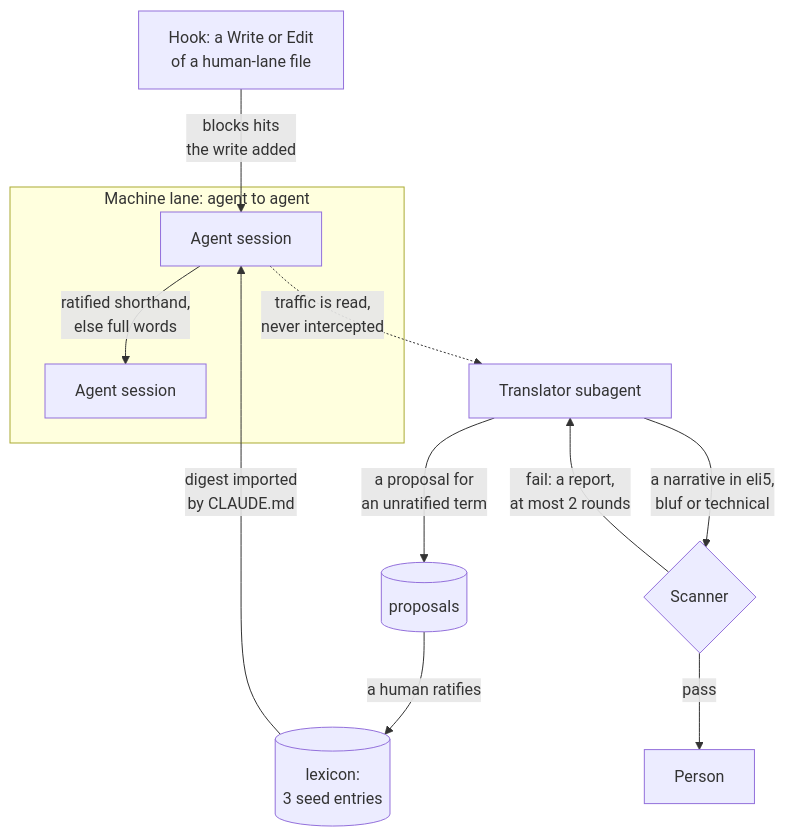
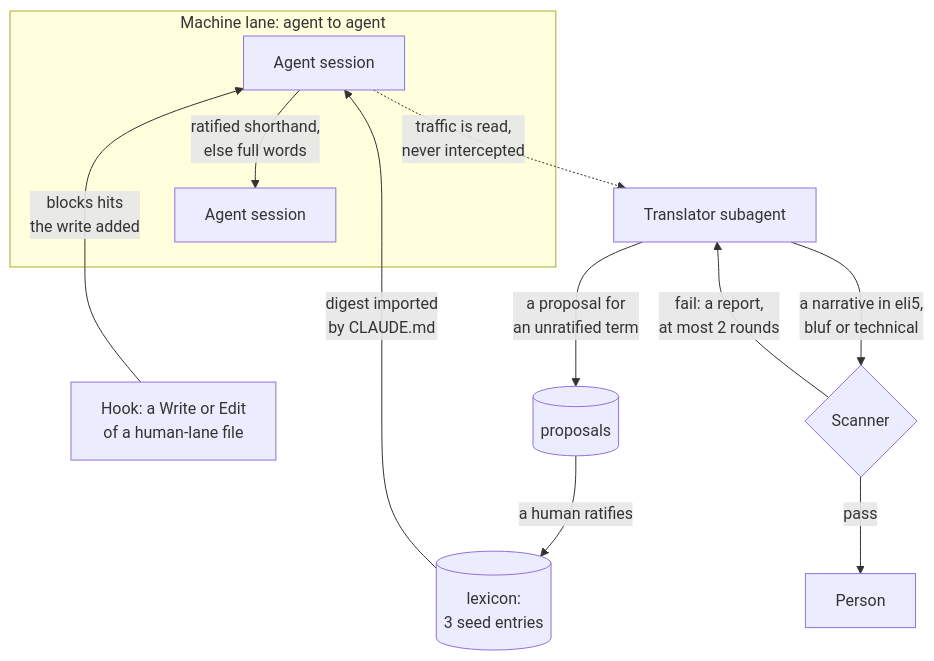
One commit to agentik-dev/agentik-research changed the diagram in docs/tools/respeak.md. Above: the diagram before and after it, drawn with Mermaid. The commit also changed other lines of this file and 12 other files, not shown here.

````diff
--- a/docs/tools/respeak.md
+++ b/docs/tools/respeak.md
@@ -48,14 +48,16 @@
 ```mermaid
 flowchart TD
   subgraph Machine["Machine lane: agent to agent"]
     A1["Agent session"] -->|"ratified shorthand,<br>else full words"| A2["Agent session"]
   end
+  W["Hook: a Write or Edit<br>of a human-lane file"] -->|"blocks hits<br>the write added"| A1
   Lex[("lexicon:<br>3 seed entries")] -->|"digest imported<br>by CLAUDE.md"| A1
   A1 -.->|"traffic is read,<br>never intercepted"| T["Translator subagent"]
   T -->|"a proposal for<br>an unratified term"| Prop[("proposals")]
   Prop -->|"a human ratifies"| Lex
   T -->|"a narrative in eli5,<br>bluf or technical"| S{"Scanner"}
   S -->|"fail: a report,<br>at most 2 rounds"| T
   S -->|"pass"| P["Person"]
-  W["Hook: a Write or Edit<br>of a human-lane file"] -->|"blocks hits<br>the write added"| A1
+  %% The invisible link ranks the hook below the lane, so its arrow misses the lane's title.
+  A2 ~~~ W
 ```
````
